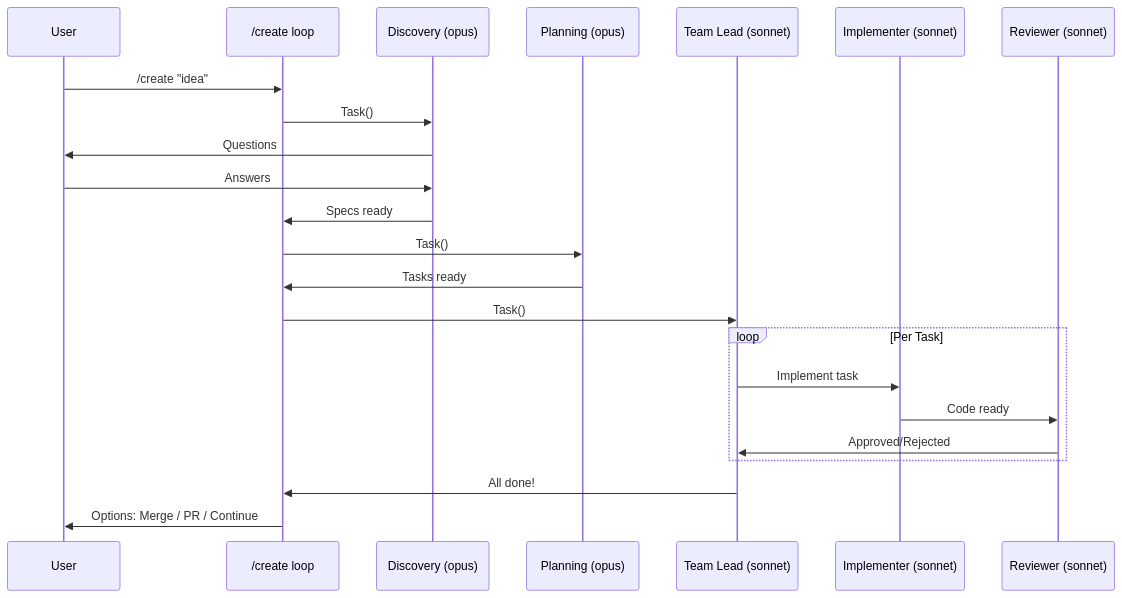
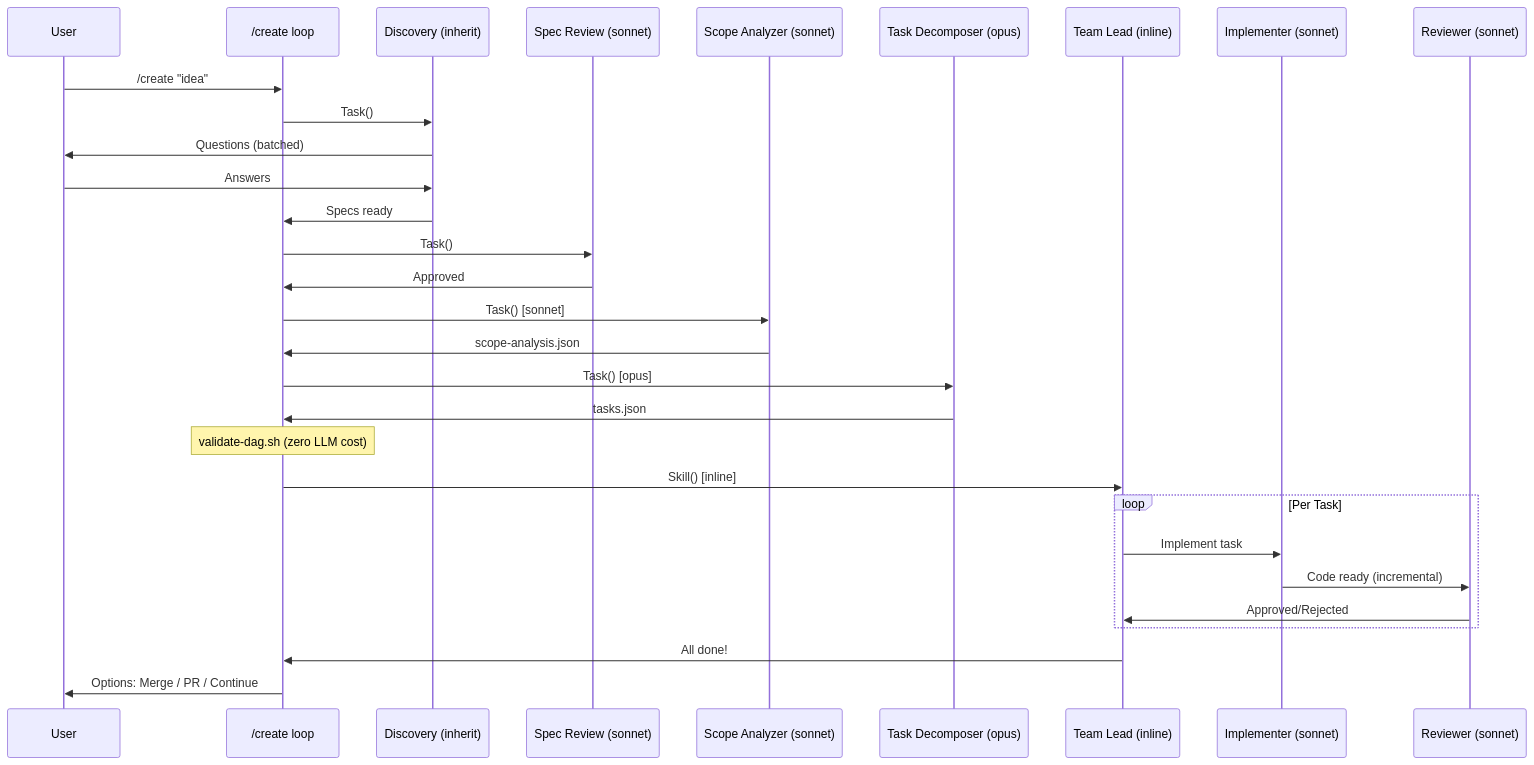
The second of 4 diagrams in diagrams/sequence-diagram.md (Zxela/claude-create), drawn with Mermaid before and after one commit. The commit also changed 8 other files, not shown here.

````diff
--- a/diagrams/sequence-diagram.md
+++ b/diagrams/sequence-diagram.md
@@ -125,29 +125,39 @@
 ```mermaid
 sequenceDiagram
     participant User
     participant Main as /create loop
-    participant Discovery as Discovery (opus)
-    participant Planning as Planning (opus)
-    participant TL as Team Lead (sonnet)
+    participant Discovery as Discovery (inherit)
+    participant SR as Spec Review (sonnet)
+    participant SA as Scope Analyzer (sonnet)
+    participant TD as Task Decomposer (opus)
+    participant TL as Team Lead (inline)
     participant Impl as Implementer (sonnet)
     participant Review as Reviewer (sonnet)
 
     User->>Main: /create "idea"
     Main->>Discovery: Task()
-    Discovery->>User: Questions
+    Discovery->>User: Questions (batched)
     User->>Discovery: Answers
     Discovery->>Main: Specs ready
 
-    Main->>Planning: Task()
-    Planning->>Main: Tasks ready
+    Main->>SR: Task()
+    SR->>Main: Approved
 
-    Main->>TL: Task()
+    Main->>SA: Task() [sonnet]
+    SA->>Main: scope-analysis.json
+
+    Main->>TD: Task() [opus]
+    TD->>Main: tasks.json
+
+    Note over Main: validate-dag.sh (zero LLM cost)
+
+    Main->>TL: Skill() [inline]
     loop Per Task
         TL->>Impl: Implement task
-        Impl->>Review: Code ready
+        Impl->>Review: Code ready (incremental)
         Review->>TL: Approved/Rejected
     end
     TL->>Main: All done!
 
     Main->>User: Options: Merge / PR / Continue
 ```
````
